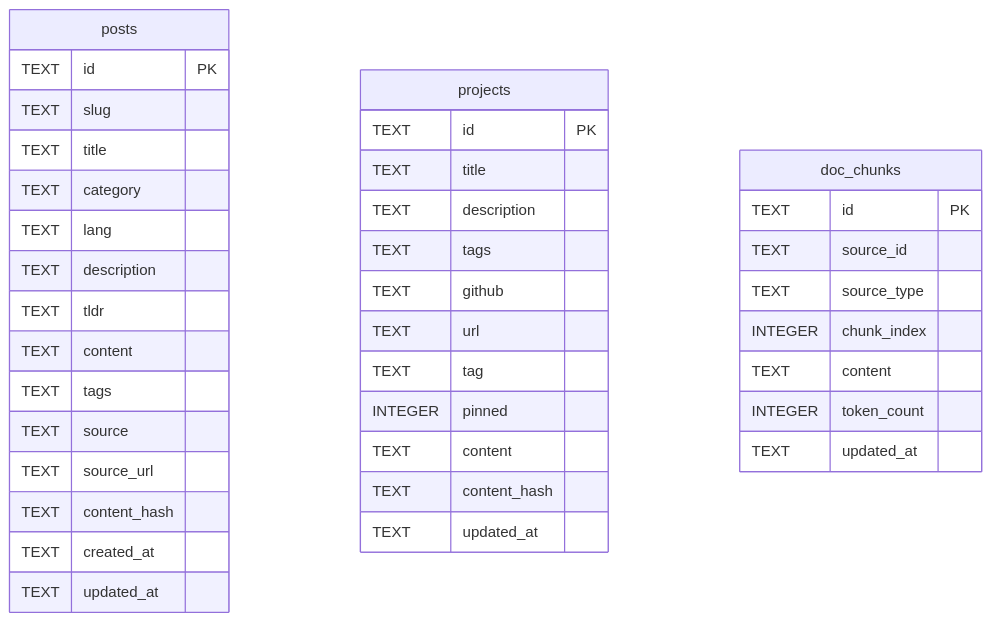
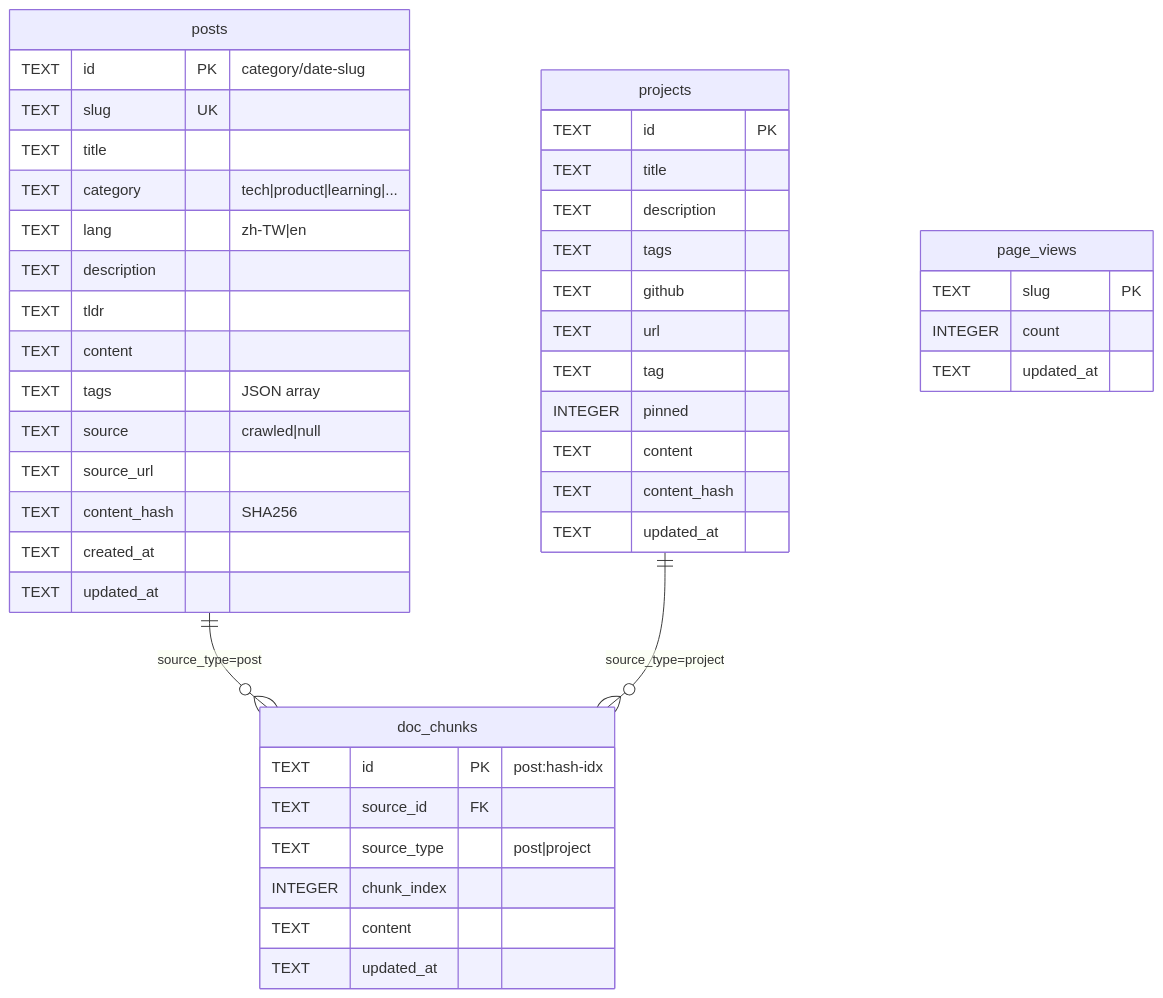
Before and after one commit to a920604a/engineernews: the second of 2 diagrams in docs/architecture.md, drawn with Mermaid. The commit also changed other lines of this file and 9 other files, not shown here.

````diff
--- a/docs/architecture.md
+++ b/docs/architecture.md
@@ -132,41 +85,47 @@
 ```mermaid
 erDiagram
   posts {
-    TEXT id PK
-    TEXT slug
+    TEXT id PK "category/date-slug"
+    TEXT slug UK
     TEXT title
-    TEXT category
-    TEXT lang
+    TEXT category "tech|product|learning|..."
+    TEXT lang "zh-TW|en"
     TEXT description
     TEXT tldr
     TEXT content
-    TEXT tags
-    TEXT source
+    TEXT tags "JSON array"
+    TEXT source "crawled|null"
     TEXT source_url
-    TEXT content_hash
+    TEXT content_hash "SHA256"
     TEXT created_at
     TEXT updated_at
   }
   projects {
     TEXT id PK
     TEXT title
     TEXT description
     TEXT tags
     TEXT github
     TEXT url
     TEXT tag
     INTEGER pinned
     TEXT content
     TEXT content_hash
     TEXT updated_at
   }
   doc_chunks {
-    TEXT id PK
-    TEXT source_id
-    TEXT source_type
+    TEXT id PK "post:hash-idx"
+    TEXT source_id FK
+    TEXT source_type "post|project"
     INTEGER chunk_index
     TEXT content
-    INTEGER token_count
     TEXT updated_at
   }
+  page_views {
+    TEXT slug PK
+    INTEGER count
+    TEXT updated_at
+  }
+  posts ||--o{ doc_chunks : "source_type=post"
+  projects ||--o{ doc_chunks : "source_type=project"
 ```
````
